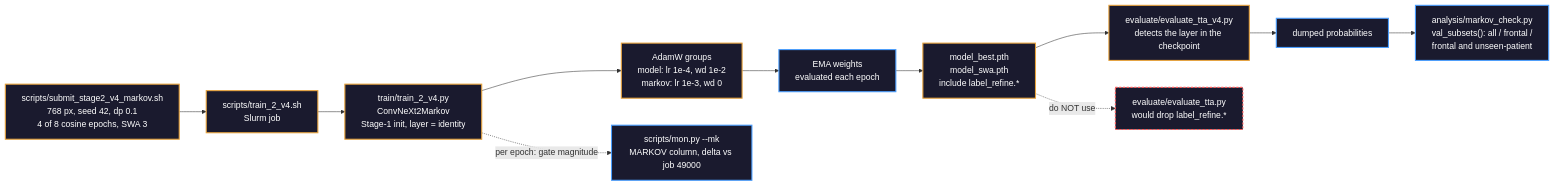
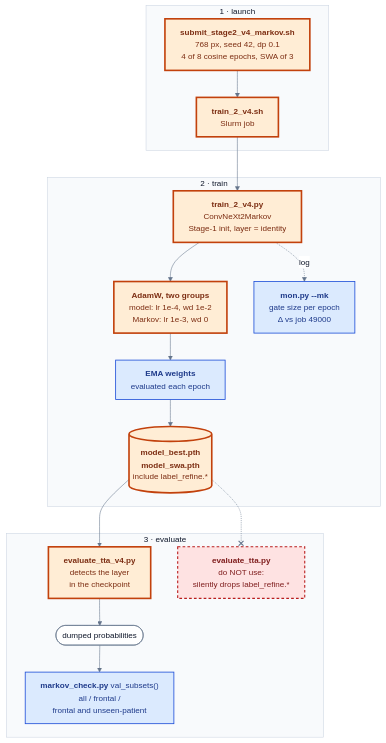
Before and after one commit to nhan03bit/ISBI_2026: the seventh of 7 diagrams in docs/markov-layer-architecture.md, drawn with Mermaid. The commit also changed other lines of this file and 1 other file, not shown here.

Commit message:
architecture

````diff
--- a/docs/markov-layer-architecture.md
+++ b/docs/markov-layer-architecture.md
@@ -239,20 +323,37 @@
 ```mermaid
-flowchart LR
-    SUB["scripts/submit_stage2_v4_markov.sh<br/>768 px, seed 42, dp 0.1<br/>4 of 8 cosine epochs, SWA 3"] --> JOB["scripts/train_2_v4.sh<br/>Slurm job"]
-    JOB --> TR["train/train_2_v4.py<br/>ConvNeXt2Markov<br/>Stage-1 init, layer = identity"]
-    TR --> OPT["AdamW groups<br/>model: lr 1e-4, wd 1e-2<br/>markov: lr 1e-3, wd 0"]
-    OPT --> EMA["EMA weights<br/>evaluated each epoch"]
-    EMA --> CK["model_best.pth<br/>model_swa.pth<br/>include label_refine.*"]
-    TR -. "per epoch: gate magnitude" .-> MON["scripts/mon.py --mk<br/>MARKOV column, delta vs job 49000"]
-    CK --> EV["evaluate/evaluate_tta_v4.py<br/>detects the layer in the checkpoint"]
-    EV --> PR["dumped probabilities"]
-    PR --> SUBS["analysis/markov_check.py<br/>val_subsets(): all / frontal /<br/>frontal and unseen-patient"]
-    CK -. "do NOT use" .-> OLD["evaluate/evaluate_tta.py<br/>would drop label_refine.*"]
+%%{init: {"theme": "base", "flowchart": {"wrappingWidth": 400, "padding": 14}, "themeVariables": {"fontSize": "15px", "lineColor": "#64748B", "primaryTextColor": "#0F172A", "edgeLabelBackground": "#FFFFFF", "clusterBkg": "#F8FAFC", "clusterBorder": "#CBD5E1", "titleColor": "#0F172A"}}}%%
+flowchart TB
+    subgraph L1["1 · launch"]
+        SUB["<b>submit_stage2_v4_markov.sh</b><br/>768 px, seed 42, dp 0.1<br/>4 of 8 cosine epochs, SWA of 3"]:::new
+        JOB["<b>train_2_v4.sh</b><br/>Slurm job"]:::new
+    end
+    subgraph L2["2 · train"]
+        TR["<b>train_2_v4.py</b><br/>ConvNeXt2Markov<br/>Stage-1 init, layer = identity"]:::new
+        OPT["<b>AdamW, two groups</b><br/>model: lr 1e-4, wd 1e-2<br/>Markov: lr 1e-3, wd 0"]:::new
+        EMA["<b>EMA weights</b><br/>evaluated each epoch"]:::v3
+        MON["<b>mon.py --mk</b><br/>gate size per epoch<br/>Δ vs job 49000"]:::v3
+        CK[("<b>model_best.pth</b><br/><b>model_swa.pth</b><br/>include label_refine.*")]:::new
+    end
+    subgraph L3["3 · evaluate"]
+        EV["<b>evaluate_tta_v4.py</b><br/>detects the layer<br/>in the checkpoint"]:::new
+        OLD["<b>evaluate_tta.py</b><br/>do NOT use:<br/>silently drops label_refine.*"]:::warn
+        PR(["dumped probabilities"]):::data
+        SUBS["<b>markov_check.py</b> val_subsets()<br/>all / frontal /<br/>frontal and unseen-patient"]:::v3
+    end
+    SUB --> JOB --> TR --> OPT --> EMA --> CK
+    TR -.->|"log"| MON
+    CK --> EV --> PR --> SUBS
+    CK -.-x OLD
+    style L1 fill:#F8FAFC,stroke:#CBD5E1,color:#0F172A
+    style L2 fill:#F8FAFC,stroke:#CBD5E1,color:#0F172A
+    style L3 fill:#F8FAFC,stroke:#CBD5E1,color:#0F172A
 
-    classDef mk fill:#1a1a2e,stroke:#e8a33d,stroke-width:2px,color:#fff
-    classDef base fill:#1a1a2e,stroke:#4a9eff,stroke-width:2px,color:#fff
-    classDef warn fill:#1a1a2e,stroke:#ff5c5c,stroke-width:2px,stroke-dasharray:4 3,color:#fff
-    class SUB,JOB,TR,OPT,CK,EV mk
-    class EMA,MON,PR,SUBS base
-    class OLD warn
+    classDef v3 fill:#DBEAFE,stroke:#1D4ED8,stroke-width:1.5px,color:#1E3A8A
+    classDef new fill:#FFEDD5,stroke:#C2410C,stroke-width:3px,color:#7C2D12
+    classDef data fill:#FFFFFF,stroke:#64748B,stroke-width:1px,color:#0F172A
+    classDef loss fill:#EDE9FE,stroke:#6D28D9,stroke-width:1.5px,color:#4C1D95
+    classDef aux fill:#F1F5F9,stroke:#94A3B8,stroke-width:1px,stroke-dasharray:5 4,color:#475569
+    classDef warn fill:#FEE2E2,stroke:#B91C1C,stroke-width:2px,stroke-dasharray:5 4,color:#7F1D1D
+    classDef old fill:#F1F5F9,stroke:#94A3B8,stroke-width:1px,color:#334155
+    classDef tail fill:#DCFCE7,stroke:#15803D,stroke-width:2.5px,color:#14532D
 ```
````
